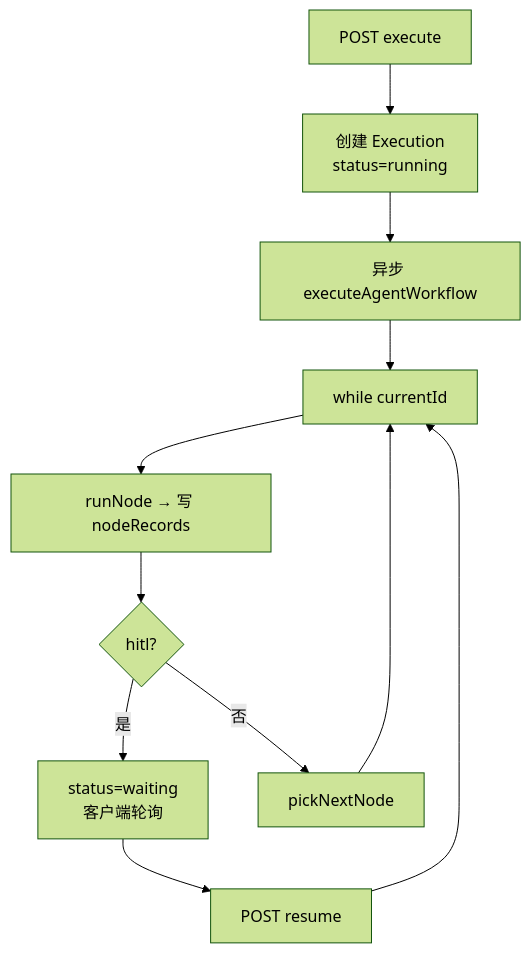
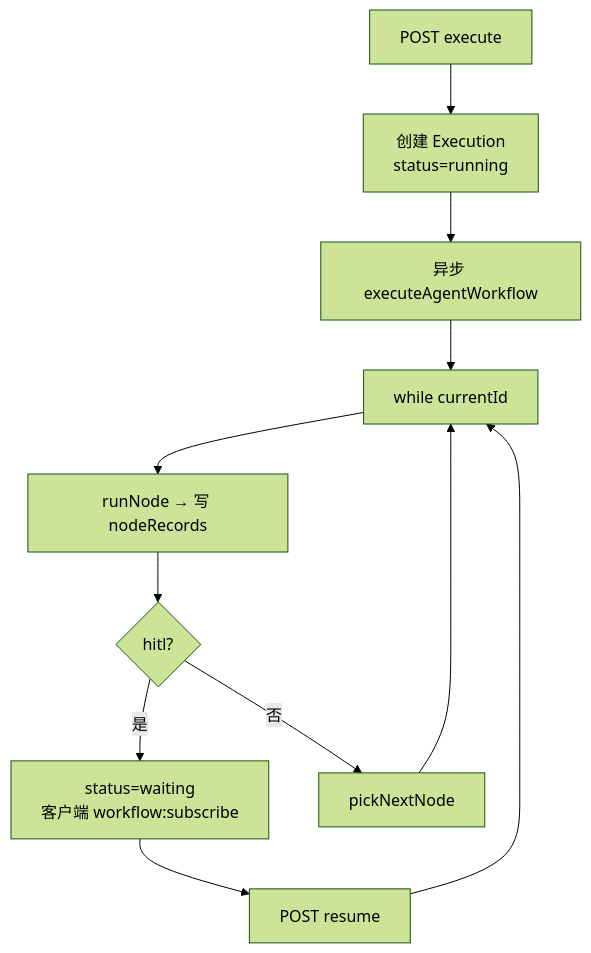
Before and after one commit to nan1010082085/ai-platform: the tenth of 10 diagrams in docs/design/workflows.md, drawn with Mermaid (forest theme). The commit also changed other lines of this file and 85 other files, not shown here.

````diff
--- a/docs/design/workflows.md
+++ b/docs/design/workflows.md
@@ -371,13 +363,13 @@
 ```mermaid
 flowchart TD
   API["POST execute"] --> Create["创建 Execution\nstatus=running"]
   Create --> Async["异步 executeAgentWorkflow"]
   Async --> Loop["while currentId"]
   Loop --> Run["runNode → 写 nodeRecords"]
   Run --> Wait{hitl?}
-  Wait -->|是| Pause["status=waiting\n客户端轮询"]
+  Wait -->|是| Pause["status=waiting\n客户端 workflow:subscribe"]
   Wait -->|否| Next["pickNextNode"]
   Next --> Loop
   Pause --> Resume["POST resume"]
   Resume --> Loop
 ```
````
